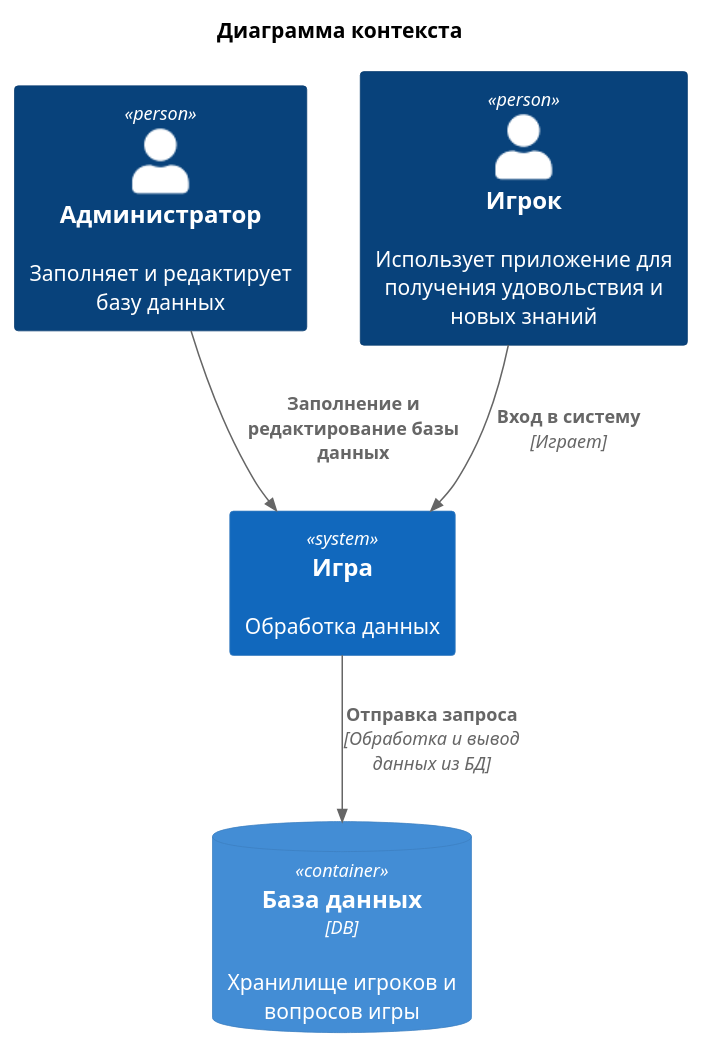
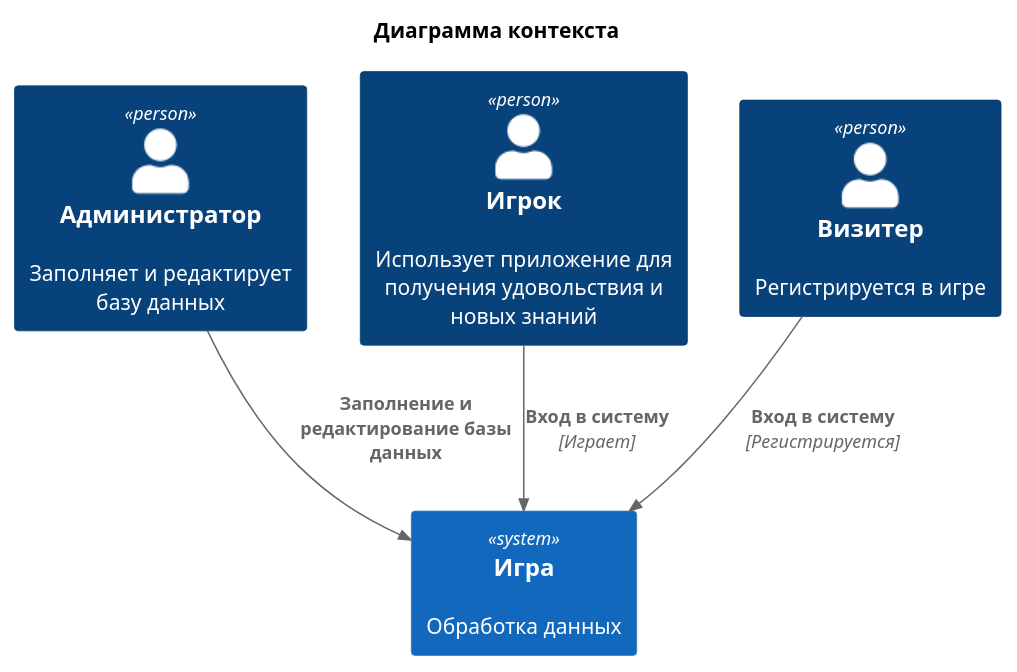
The diagram in doc/diagrams/context.puml (vetronog/Brown_Bears_Life), drawn with PlantUML before and after one commit. The commit also changed 1 other file, not shown here.

Commit message:
Правка диаграмм
:memo:

```diff
--- a/doc/diagrams/context.puml
+++ b/doc/diagrams/context.puml
@@ -1,14 +1,14 @@
 @startuml
 !includeurl https://raw.githubusercontent.com/RicardoNiepel/C4-PlantUML/release/1-0/C4_Container.puml
 
 title Диаграмма контекста
 
 Person(Admin, "Администратор", "Заполняет и редактирует базу данных")
 Person(Player, "Игрок", "Использует приложение для получения удовольствия и новых знаний")
-System(SystemFrontAlias, "Игра", "Обработка данных")
-ContainerDb(BD, "База данных", "DB", "Хранилище игроков и вопросов игры")
+Person(Visiter, "Визитер", "Регистрируется в игре")
+System(System, "Игра", "Обработка данных")
 
-Rel(Admin, SystemFrontAlias, "Заполнение и редактирование базы данных")
-Rel(Player, SystemFrontAlias, "Вход в систему", "Играет")
-Rel(SystemFrontAlias, BD, "Отправка запроса", "Обработка и вывод данных из БД")
+Rel(Admin, System, "Заполнение и редактирование базы данных")
+Rel(Player, System, "Вход в систему", "Играет")
+Rel(Visiter, System, "Вход в систему", "Регистрируется")
 @enduml
```
